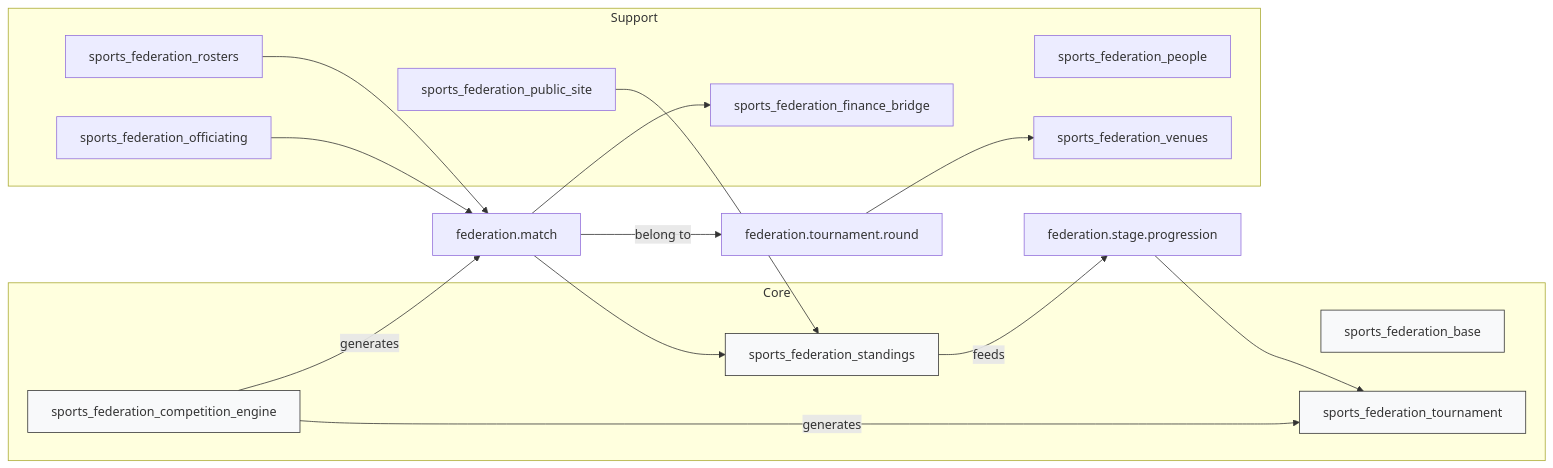
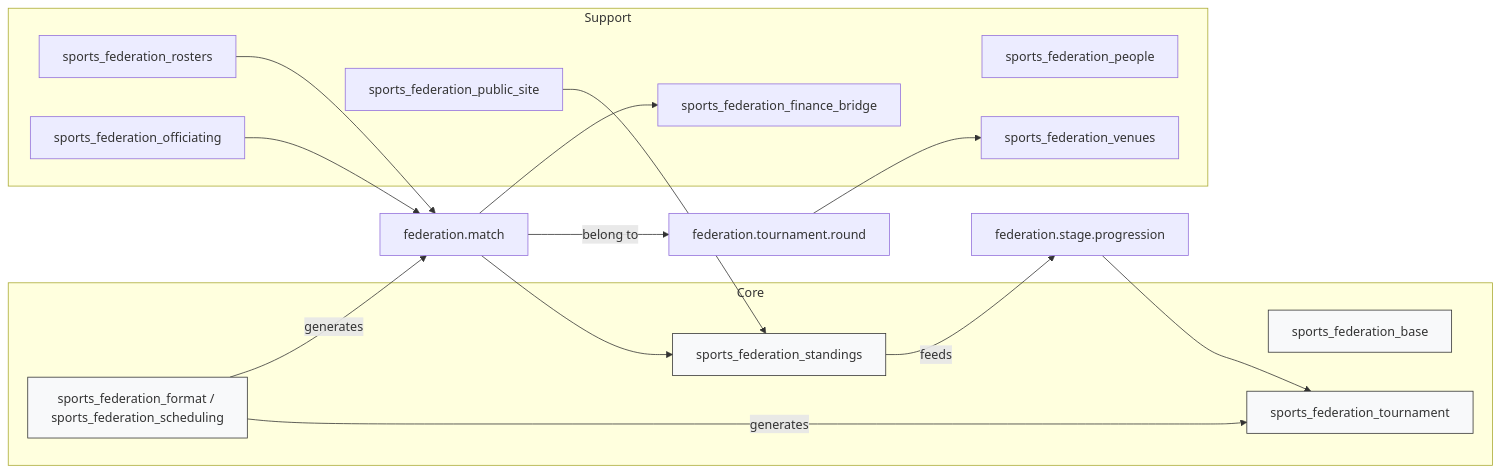
One commit to cb-96/odoo_addons changed the diagram in README.md. Above: the diagram before and after it, drawn with Mermaid. The commit also changed other lines of this file and 157 other files, not shown here.

````diff
--- a/README.md
+++ b/README.md
@@ -38,32 +38,32 @@
 ```mermaid
 graph LR
   subgraph Core
     Base[sports_federation_base]
     Tournament[sports_federation_tournament]
-    Engine[sports_federation_competition_engine]
+    Engine[sports_federation_format / sports_federation_scheduling]
     Standings[sports_federation_standings]
   end
   subgraph Support
     People[sports_federation_people]
     Rosters[sports_federation_rosters]
     Officiating[sports_federation_officiating]
     Venues[sports_federation_venues]
     Finance[sports_federation_finance_bridge]
     Public[sports_federation_public_site]
   end
 
   Engine -->|generates| Tournament
   Engine -->|generates| Matches[federation.match]
   Matches -->|belong to| Round[federation.tournament.round]
   Round --> Venues
   Matches --> Standings
   Standings -->|feeds| Progression[federation.stage.progression]
   Progression --> Tournament
   Matches --> Finance
   Rosters --> Matches
   Officiating --> Matches
   Public --> Standings
 
   classDef core fill:#f8f9fa,stroke:#333
   class Base,Tournament,Engine,Standings core;
 ```
````
